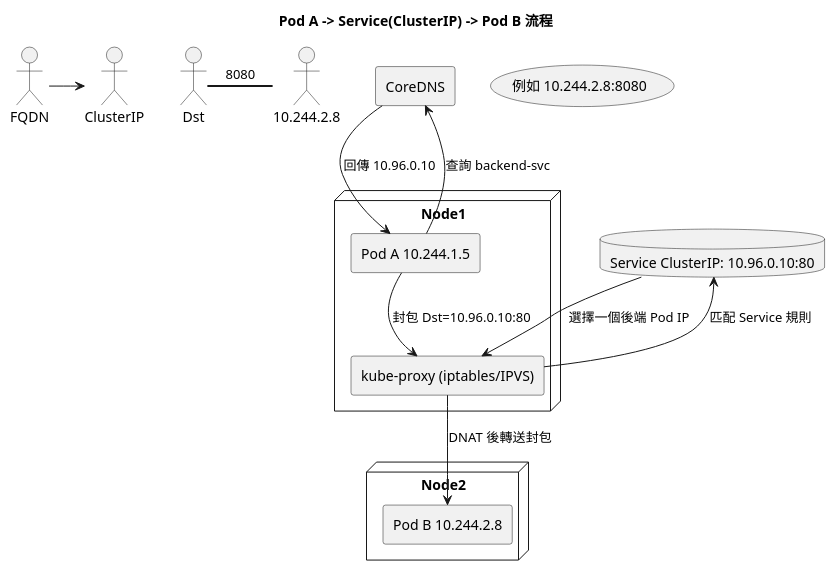
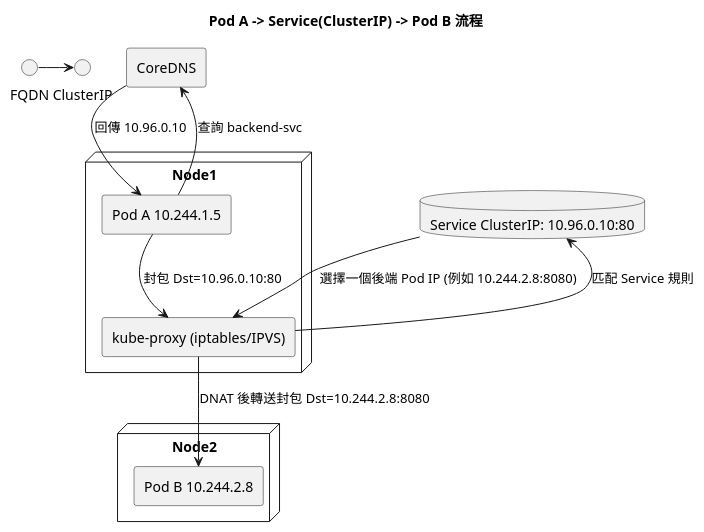
The second of 6 diagrams in content/posts/kubernetes/k8s-networking-podip-clusterip-vxlan.md (yc0/yc0.github.io), drawn with PlantUML before and after one commit. The commit also changed other lines of this file and 9 other files, not shown here.

```diff
--- a/content/posts/kubernetes/k8s-networking-podip-clusterip-vxlan.md
+++ b/content/posts/kubernetes/k8s-networking-podip-clusterip-vxlan.md
@@ -129,31 +129,29 @@
 {{< plantuml >}}
 @startuml
 title Pod A -> Service(ClusterIP) -> Pod B 流程
 
 node "Node1" {
   rectangle "Pod A 10.244.1.5" as PodA
   rectangle "kube-proxy (iptables/IPVS)" as KP1
 }
 
 rectangle "CoreDNS" as DNS
 
 node "Node2" {
   rectangle "Pod B 10.244.2.8" as PodB
 }
 
 database "Service ClusterIP: 10.96.0.10:80" as SVC
 
 PodA --> DNS : 查詢 backend-svc
 FQDN -> ClusterIP
 DNS --> PodA : 回傳 10.96.0.10
 
 PodA --> KP1 : 封包 Dst=10.96.0.10:80
 KP1 --> SVC : 匹配 Service 規則
-SVC --> KP1 : 選擇一個後端 Pod IP
-(例如 10.244.2.8:8080)
+SVC --> KP1 : 選擇一個後端 Pod IP (例如 10.244.2.8:8080)
 
-KP1 --> PodB : DNAT 後轉送封包
-Dst=10.244.2.8:8080
+KP1 --> PodB : DNAT 後轉送封包 Dst=10.244.2.8:8080
 
 @enduml
 {{< /plantuml >}}
```
